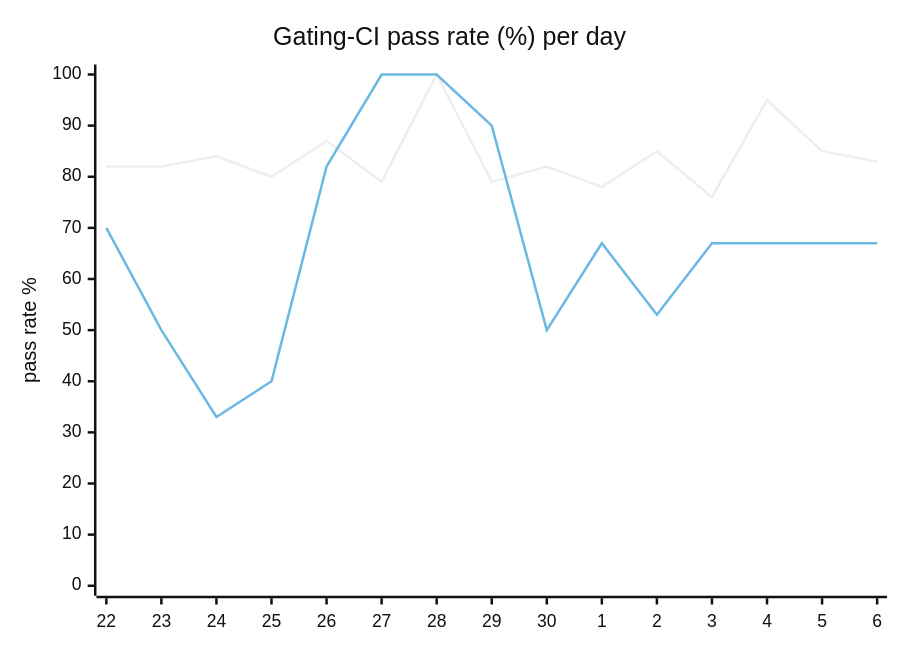
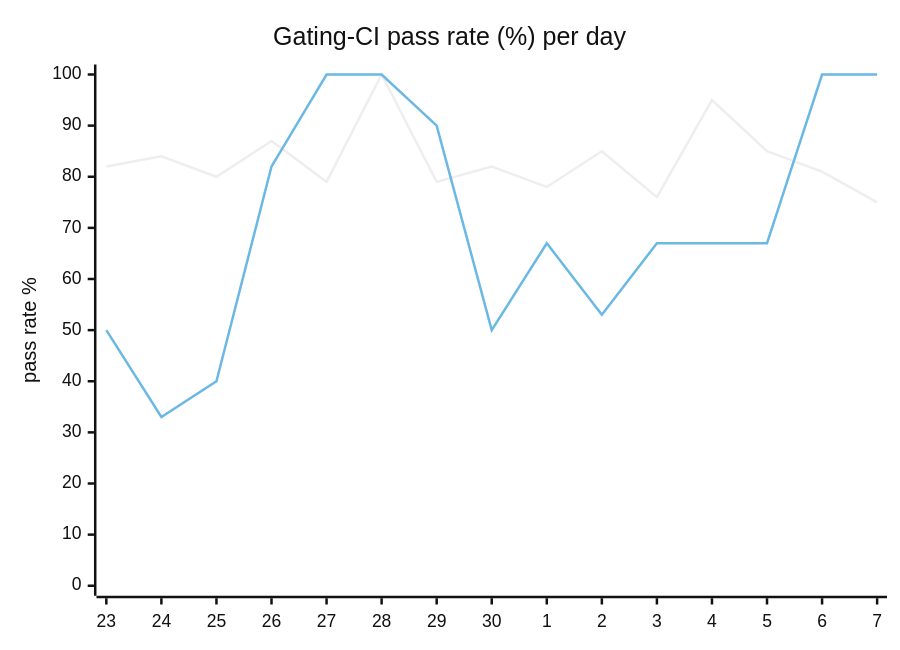
One commit to hatchet-dev/hatchet changed the diagram in hack/ci/ci-dashboard/staging/issue.md. Above: the diagram before and after it, drawn with Mermaid (neutral theme). The commit also changed other lines of this file, not shown here.

````diff
--- a/hack/ci/ci-dashboard/staging/issue.md
+++ b/hack/ci/ci-dashboard/staging/issue.md
@@ -9,8 +9,8 @@
 ```mermaid
 xychart-beta
   title "Gating-CI pass rate (%) per day"
-  x-axis [22, 23, 24, 25, 26, 27, 28, 29, 30, 1, 2, 3, 4, 5, 6]
+  x-axis [23, 24, 25, 26, 27, 28, 29, 30, 1, 2, 3, 4, 5, 6, 7]
   y-axis "pass rate %" 0 --> 100
-  line "CI" [82, 82, 84, 80, 87, 79, 100, 79, 82, 78, 85, 76, 95, 85, 83]
-  line "main" [70, 50, 33, 40, 82, 100, 100, 90, 50, 67, 53, 67, 67, 67, 67]
+  line "CI" [82, 84, 80, 87, 79, 100, 79, 82, 78, 85, 76, 95, 85, 81, 75]
+  line "main" [50, 33, 40, 82, 100, 100, 90, 50, 67, 53, 67, 67, 67, 100, 100]
 ```
````
